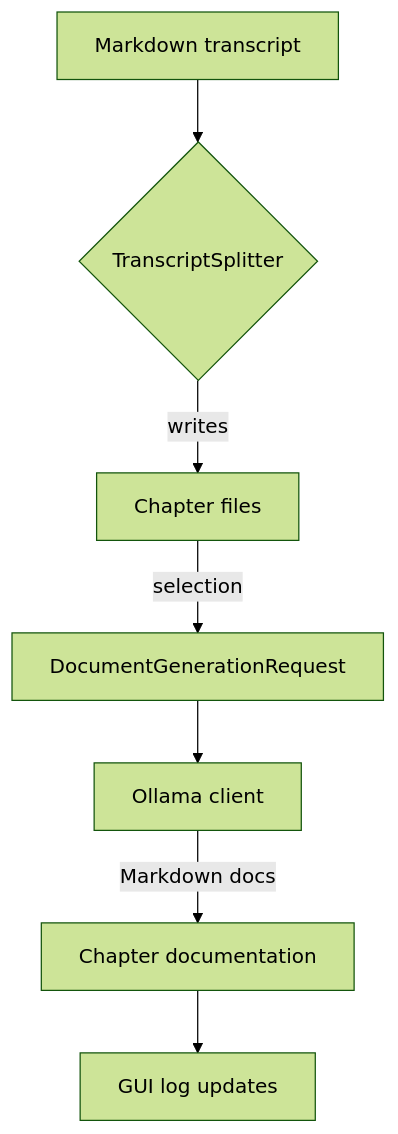
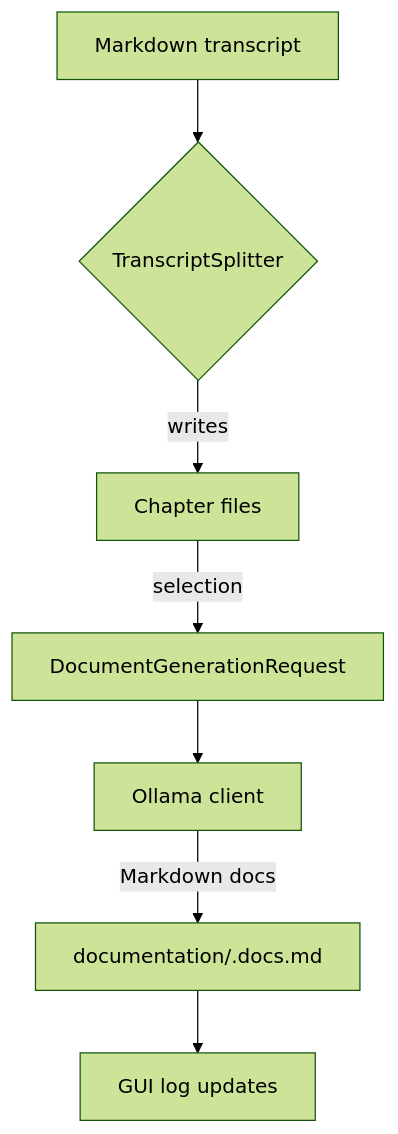
One commit to CagriCatik/Docalypt changed the first of 2 diagrams in README.md. Above: the diagram before and after it, drawn with Mermaid (forest theme). The commit also changed other lines of this file and 8 other files, not shown here.

````diff
--- a/README.md
+++ b/README.md
@@ -41,9 +47,9 @@
 ```mermaid
 graph TD
     A[Markdown transcript] --> B{TranscriptSplitter}
     B -->|writes| C[Chapter files]
     C -->|selection| D[DocumentGenerationRequest]
     D --> E[Ollama client]
-    E -->|Markdown docs| F[Chapter documentation]
+    E -->|Markdown docs| F[documentation/<chapter>.docs.md]
     F --> G[GUI log updates]
 ```
````
